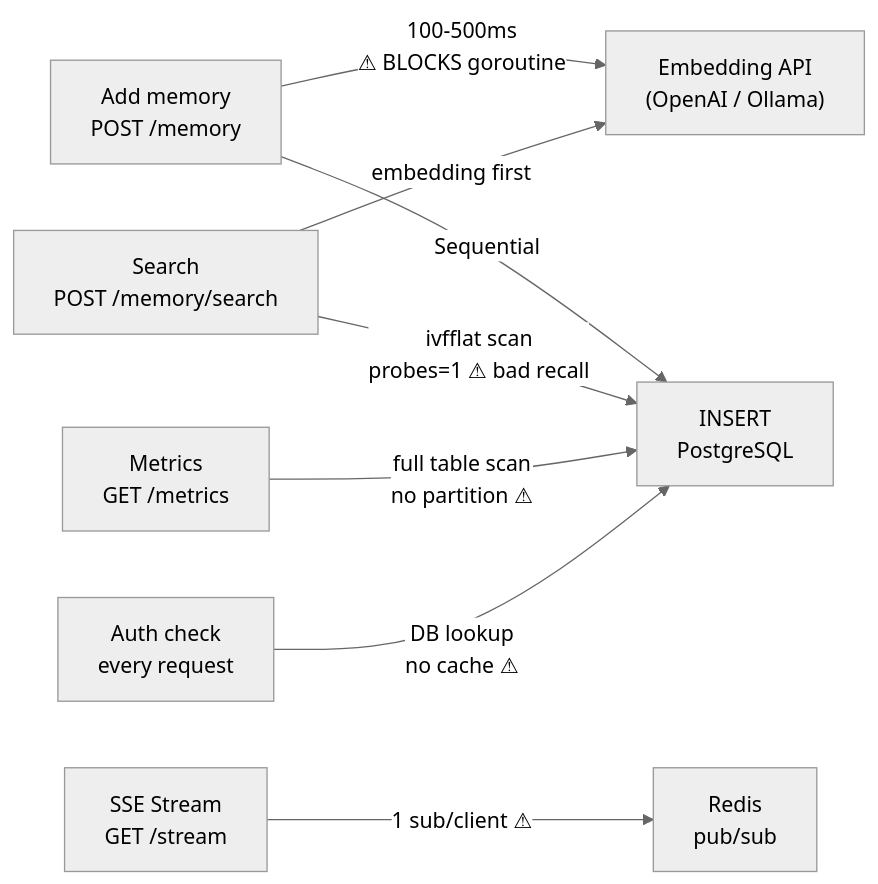
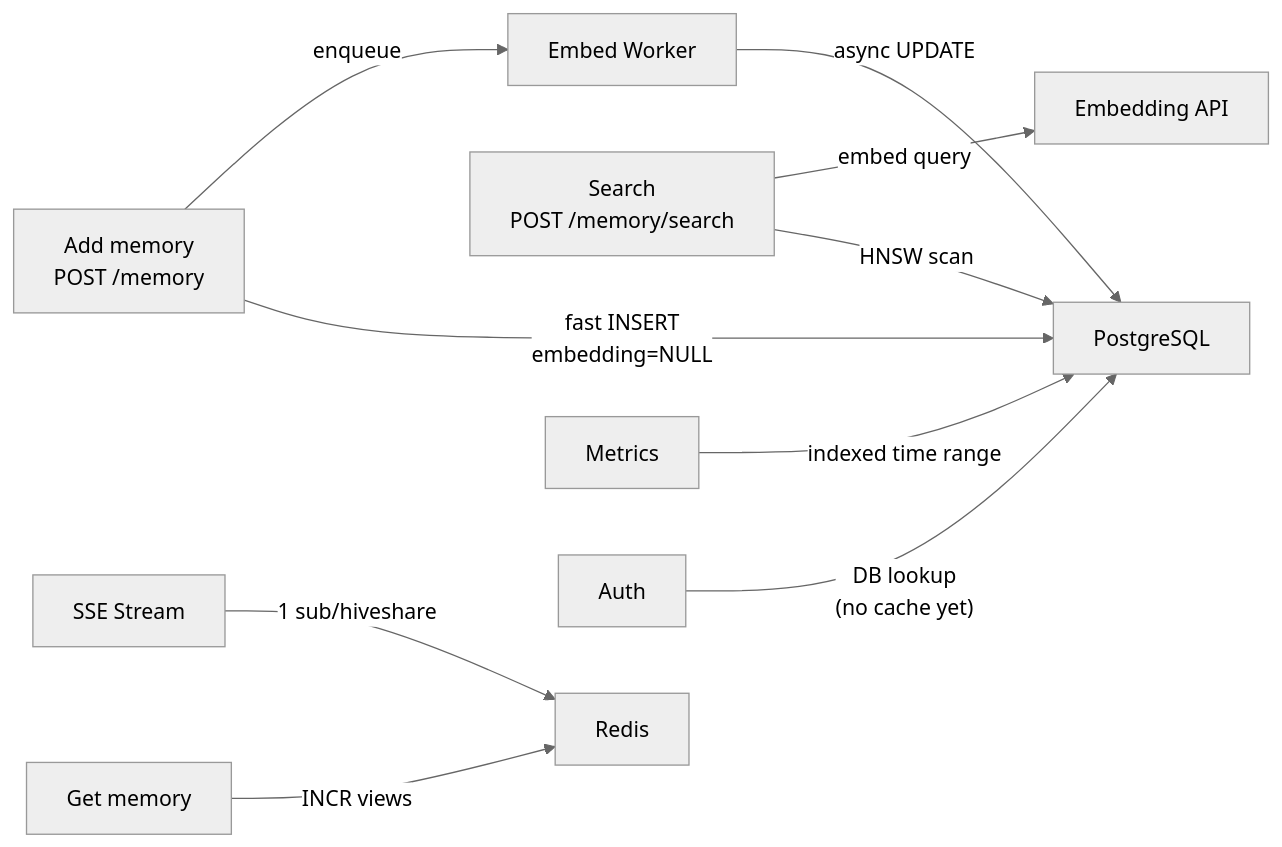
The second of 8 diagrams in docs/ARCHITECTURE.md (KB-perByte/hiveshare), drawn with Mermaid (neutral theme) before and after one commit. The commit also changed other lines of this file and 3 other files, not shown here.

````diff
--- a/docs/ARCHITECTURE.md
+++ b/docs/ARCHITECTURE.md
@@ -167,10 +105,12 @@
 ```mermaid
 graph LR
-    A["Add memory\nPOST /memory"] -->|"100-500ms\n⚠ BLOCKS goroutine"| B["Embedding API\n(OpenAI / Ollama)"]
-    A -->|"Sequential"| C["INSERT\nPostgreSQL"]
-    D["Search\nPOST /memory/search"] -->|"embedding first"| B
-    D -->|"ivfflat scan\nprobes=1 ⚠ bad recall"| C
-    E["SSE Stream\nGET /stream"] -->|"1 sub/client ⚠"| F["Redis\npub/sub"]
-    G["Metrics\nGET /metrics"] -->|"full table scan\nno partition ⚠"| C
-    H["Auth check\nevery request"] -->|"DB lookup\nno cache ⚠"| C
+    A["Add memory\nPOST /memory"] -->|"enqueue"| B["Embed Worker"]
+    A -->|"fast INSERT\nembedding=NULL"| C["PostgreSQL"]
+    B -->|"async UPDATE"| C
+    D["Search\nPOST /memory/search"] -->|"embed query"| E["Embedding API"]
+    D -->|"HNSW scan"| C
+    F["SSE Stream"] -->|"1 sub/hiveshare"| G["Redis"]
+    H["Get memory"] -->|"INCR views"| G
+    I["Metrics"] -->|"indexed time range"| C
+    J["Auth"] -->|"DB lookup\n(no cache yet)"| C
 ```
````
